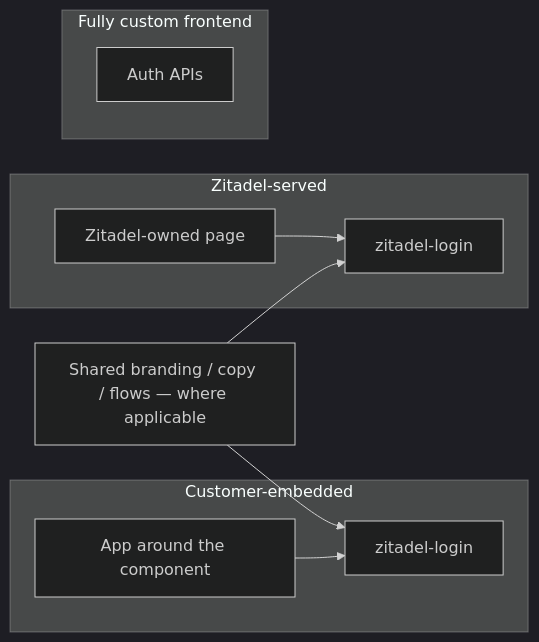
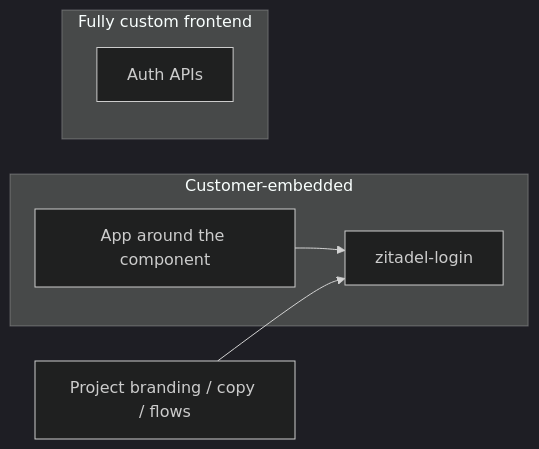
One commit to zitadel/nextgen changed the first of 4 diagrams in docs/design/branding/customization-strategy.md. Above: the diagram before and after it, drawn with Mermaid (dark theme). The commit also changed other lines of this file and 97 other files, not shown here.

First line of the commit message:
fix(login)!: stop serving a login page from the server at /ui/login/

````diff
--- a/docs/design/branding/customization-strategy.md
+++ b/docs/design/branding/customization-strategy.md
@@ -73,19 +75,13 @@
 ```mermaid
 flowchart LR
   subgraph embed [Customer-embedded]
     EW[App around the component]
     EL[zitadel-login]
     EW --> EL
   end
-  subgraph served [Zitadel-served]
-    SP[Zitadel-owned page]
-    SL[zitadel-login]
-    SP --> SL
-  end
   subgraph custom [Fully custom frontend]
     API[Auth APIs]
   end
-  Branding[Shared branding / copy / flows — where applicable]
+  Branding[Project branding / copy / flows]
   Branding --> EL
-  Branding --> SL
 ```
````
